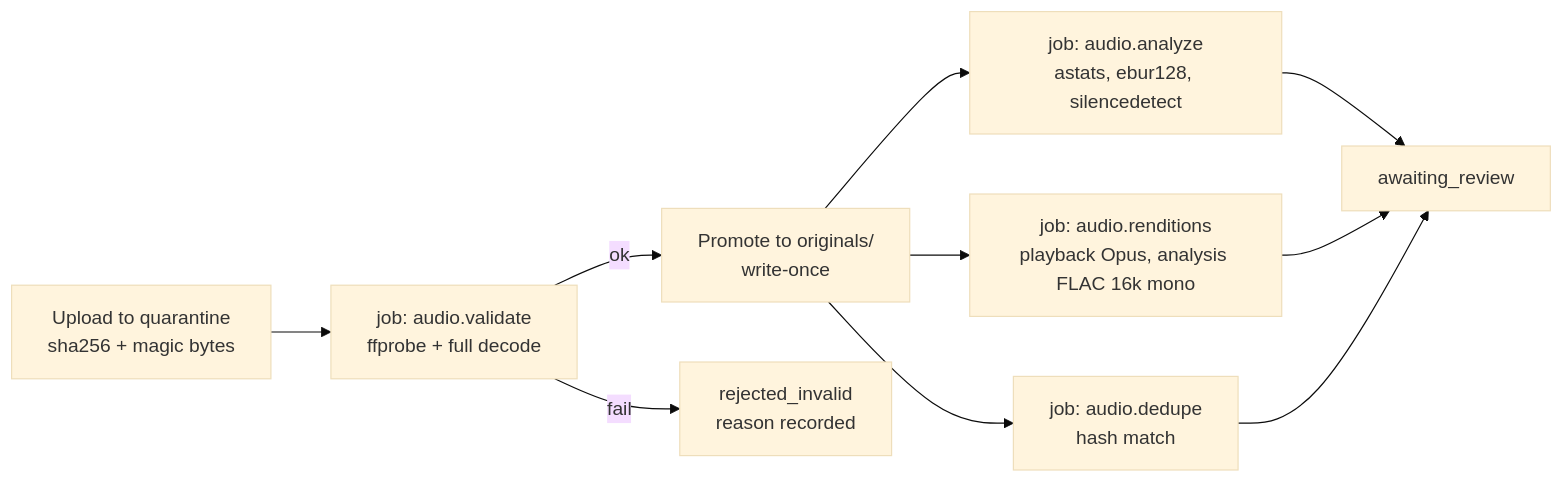
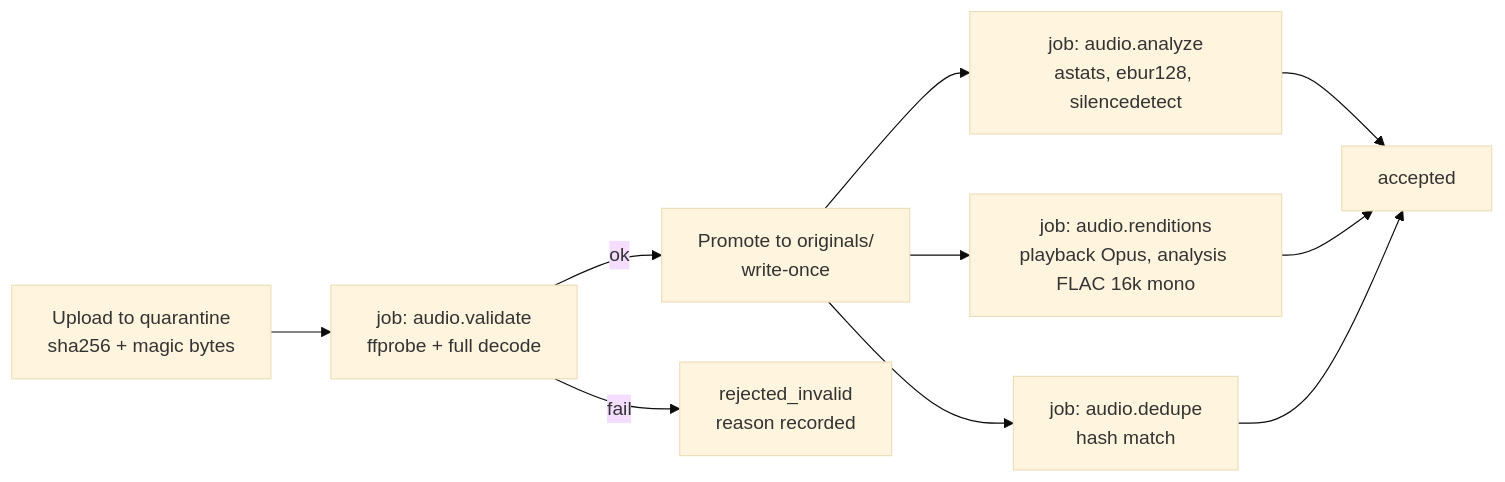
The sixth of 6 diagrams in docs/ARCHITECTURE_DIAGRAM.md (21mohit-dotcom/lokdhara), drawn with Mermaid (base theme) before and after one commit. The commit also changed other lines of this file and 5 other files, not shown here.

````diff
--- a/docs/ARCHITECTURE_DIAGRAM.md
+++ b/docs/ARCHITECTURE_DIAGRAM.md
@@ -120,12 +114,12 @@
 ```mermaid
 flowchart LR
     U[Upload to quarantine<br/>sha256 + magic bytes] --> J1[job: audio.validate<br/>ffprobe + full decode]
     J1 -->|ok| P[Promote to originals/<br/>write-once]
     J1 -->|fail| X[rejected_invalid<br/>reason recorded]
     P --> J2[job: audio.analyze<br/>astats, ebur128, silencedetect]
     P --> J3[job: audio.renditions<br/>playback Opus, analysis FLAC 16k mono]
     P --> J4[job: audio.dedupe<br/>hash match]
-    J2 --> R[awaiting_review]
+    J2 --> R[accepted]
     J3 --> R
     J4 --> R
 ```
````
